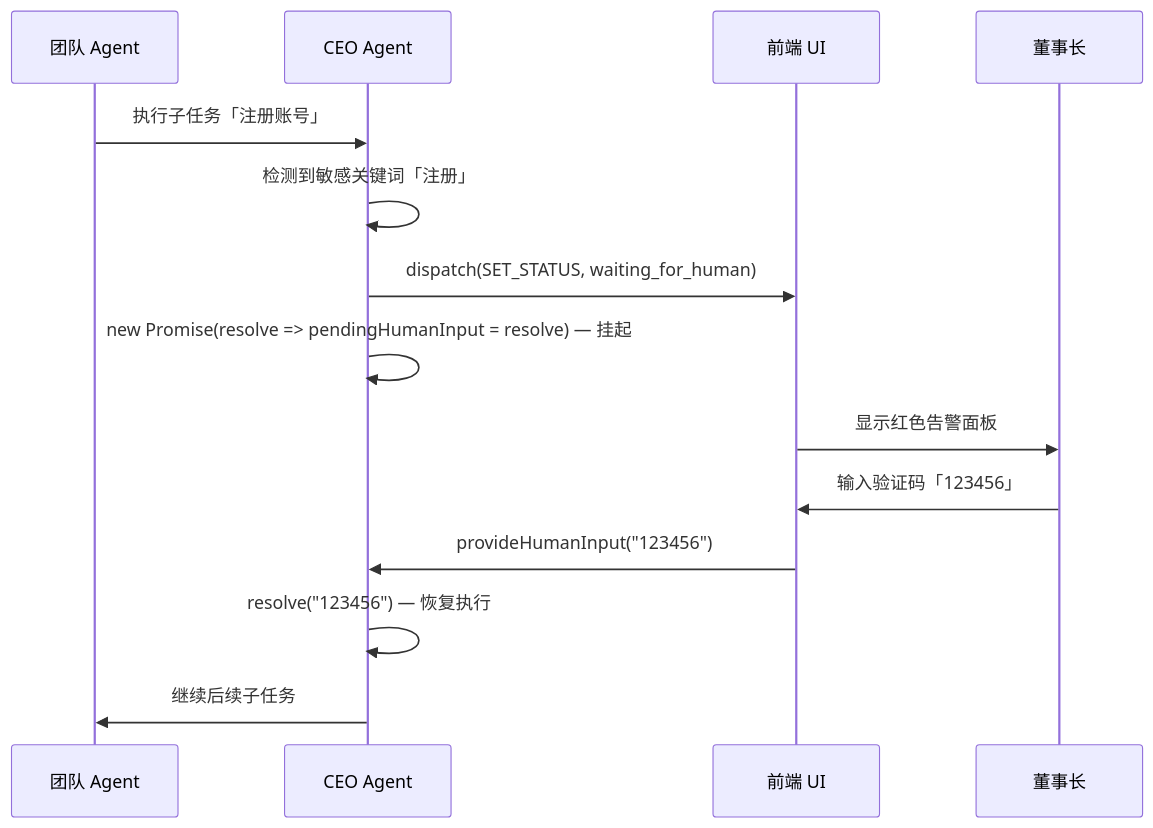
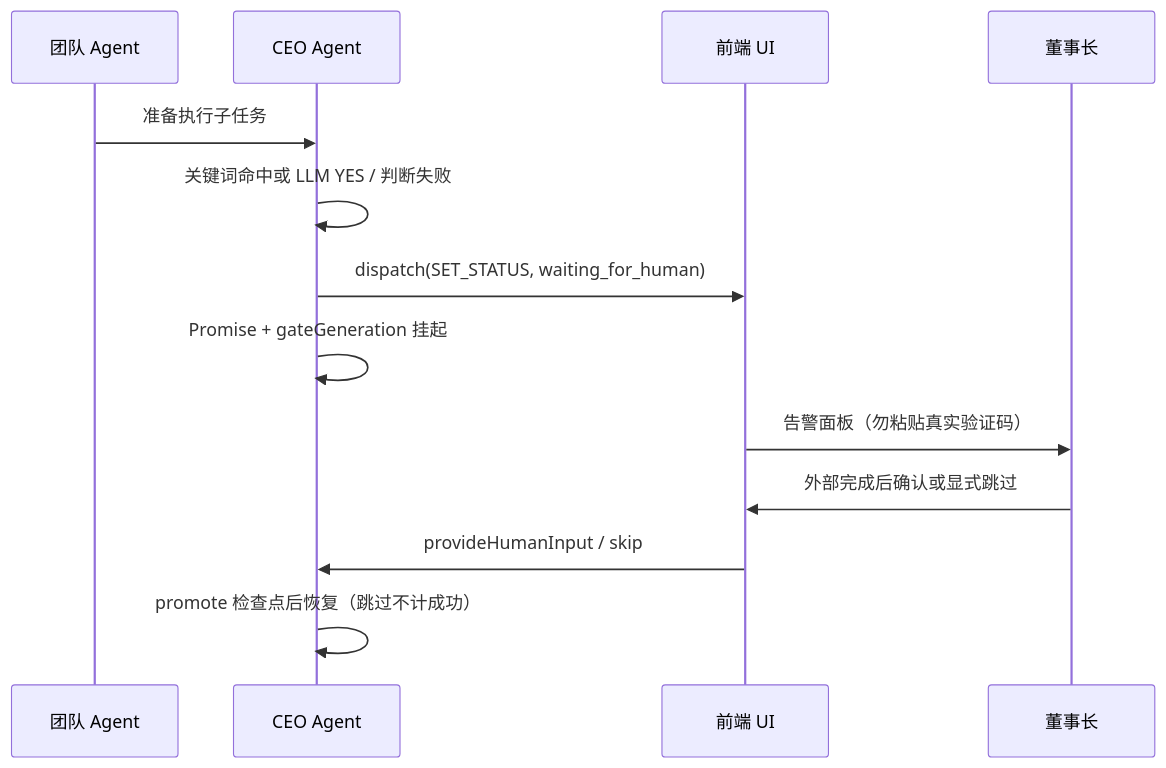
Before and after one commit to hudijiang/ai-team-engine: the seventh of 7 diagrams in design_document.md, drawn with Mermaid. The commit also changed other lines of this file and 25 other files, not shown here.

````diff
--- a/design_document.md
+++ b/design_document.md
@@ -319,17 +319,16 @@
 ```mermaid
 sequenceDiagram
     participant Agent as 团队 Agent
     participant CEO as CEO Agent
     participant UI as 前端 UI
     participant Chairman as 董事长
 
-    Agent->>CEO: 执行子任务「注册账号」
-    CEO->>CEO: 检测到敏感关键词「注册」
+    Agent->>CEO: 准备执行子任务
+    CEO->>CEO: 关键词命中或 LLM YES / 判断失败
     CEO->>UI: dispatch(SET_STATUS, waiting_for_human)
-    CEO->>CEO: new Promise(resolve => pendingHumanInput = resolve) — 挂起
-    UI->>Chairman: 显示红色告警面板
-    Chairman->>UI: 输入验证码「123456」
-    UI->>CEO: provideHumanInput("123456")
-    CEO->>CEO: resolve("123456") — 恢复执行
-    CEO->>Agent: 继续后续子任务
+    CEO->>CEO: Promise + gateGeneration 挂起
+    UI->>Chairman: 告警面板（勿粘贴真实验证码）
+    Chairman->>UI: 外部完成后确认或显式跳过
+    UI->>CEO: provideHumanInput / skip
+    CEO->>CEO: promote 检查点后恢复（跳过不计成功）
 ```
````
